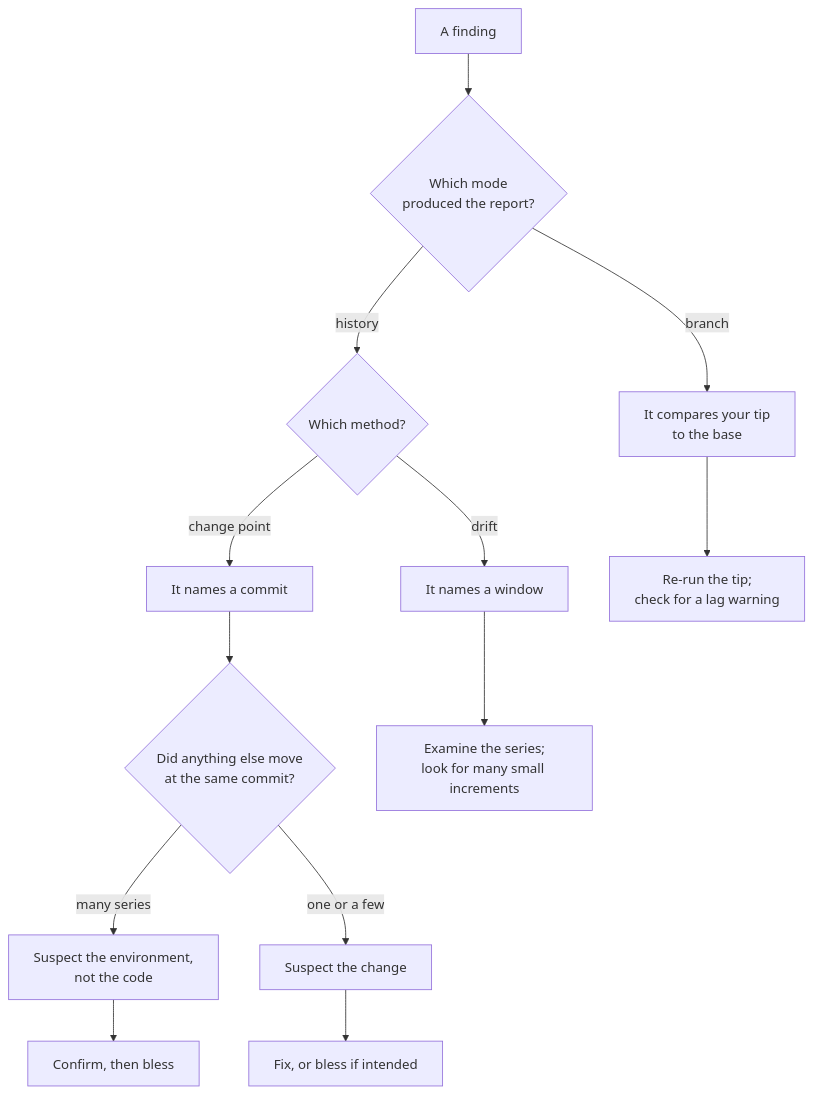
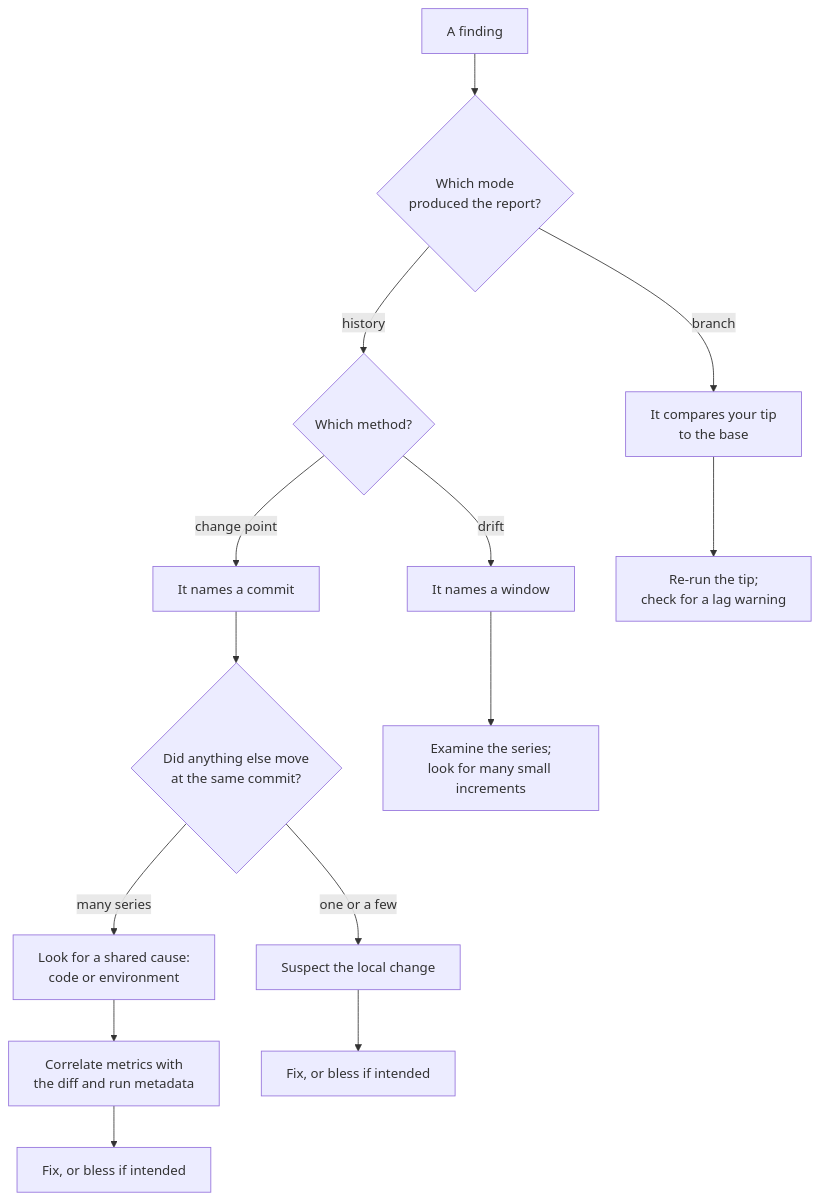
The diagram in packages/cargo-bench-history/book/src/appendix/insights.md (folo-rs/folo), drawn with Mermaid before and after one commit. The commit also changed other lines of this file and 46 other files, not shown here.

````diff
--- a/packages/cargo-bench-history/book/src/appendix/insights.md
+++ b/packages/cargo-bench-history/book/src/appendix/insights.md
@@ -14,15 +14,16 @@
 ```mermaid
 flowchart TD
     F["A finding"] --> Q0{"Which mode<br/>produced the report?"}
     Q0 -->|"branch"| BR["It compares your tip<br/>to the base"]
     Q0 -->|"history"| Q1{"Which method?"}
     Q1 -->|"change point"| CP["It names a commit"]
     Q1 -->|"drift"| DR["It names a window"]
     CP --> Q2{"Did anything else move<br/>at the same commit?"}
-    Q2 -->|"many series"| INFRA["Suspect the environment,<br/>not the code"]
-    Q2 -->|"one or a few"| CODE["Suspect the change"]
-    INFRA --> ACC["Confirm, then bless"]
+    Q2 -->|"many series"| SHARED["Look for a shared cause:<br/>code or environment"]
+    Q2 -->|"one or a few"| CODE["Suspect the local change"]
+    SHARED --> CORR["Correlate metrics with<br/>the diff and run metadata"]
+    CORR --> ACC["Fix, or bless if intended"]
     CODE --> FIX["Fix, or bless if intended"]
     DR --> WIN["Examine the series;<br/>look for many small increments"]
     BR --> TIP["Re-run the tip;<br/>check for a lag warning"]
 ```
````
